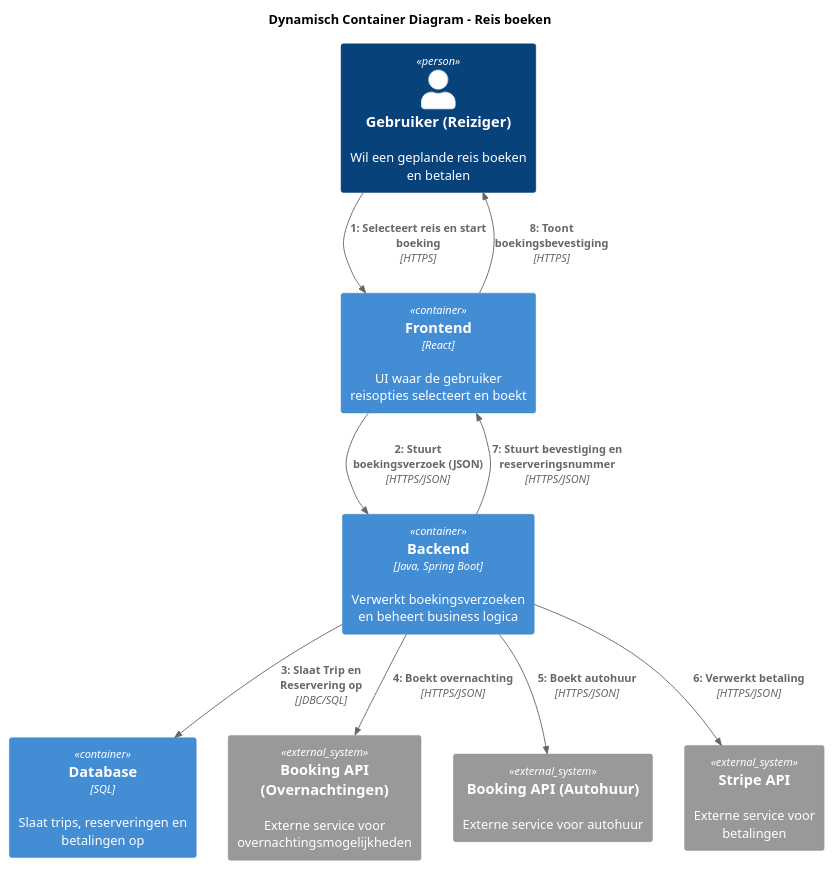
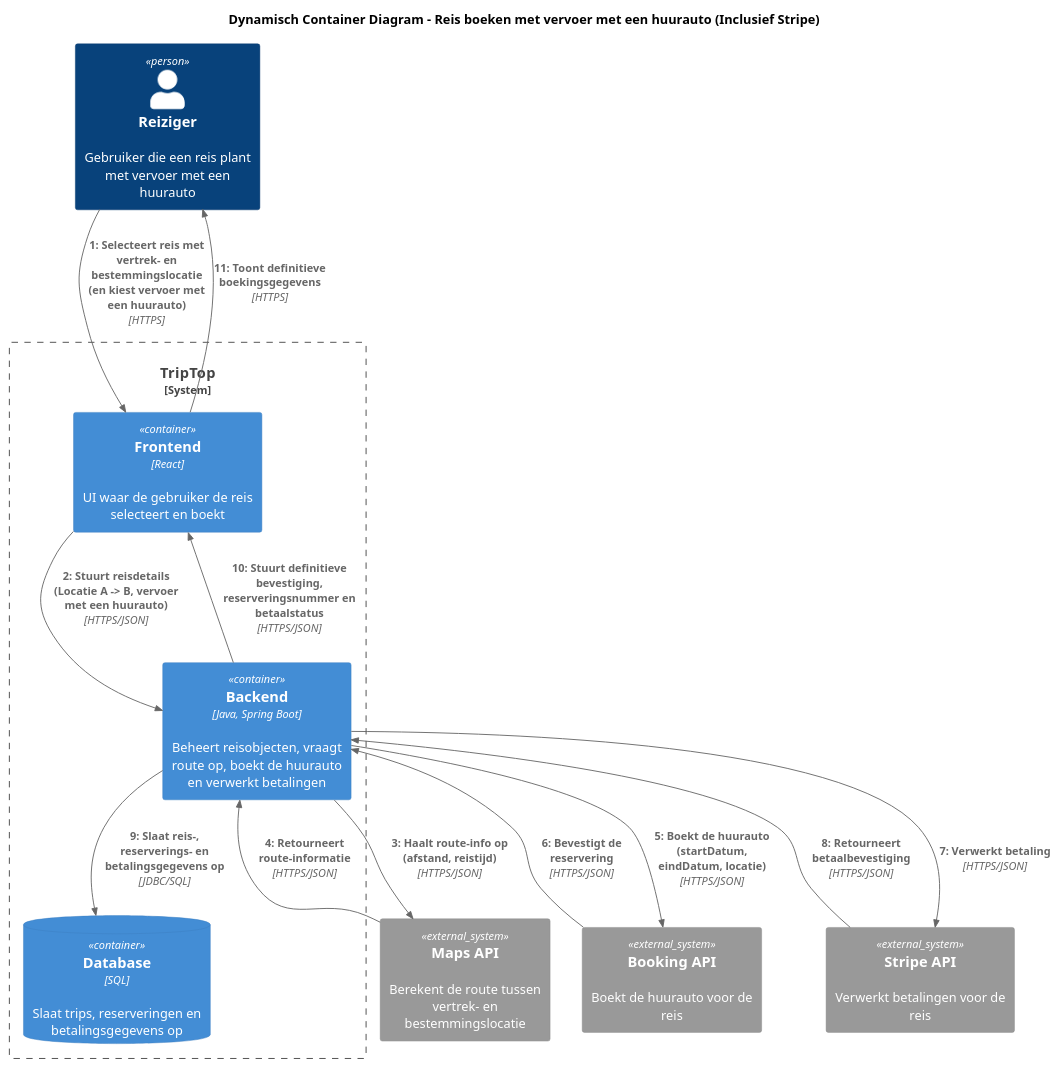
One commit to AIM-ENE-feb25/triptop-asas changed the diagram in software-guidebook/dynamisch-container-diagrammen/reis-boeken-container-diagram.puml. Above: the diagram before and after it, drawn with PlantUML. The commit also changed other lines of this file and 7 other files, not shown here.

```diff
--- a/software-guidebook/dynamisch-container-diagrammen/reis-boeken-container-diagram.puml
+++ b/software-guidebook/dynamisch-container-diagrammen/reis-boeken-container-diagram.puml
@@ -1,22 +1,27 @@
-@startuml ReisBoeken
+@startuml ReisBoekenHuurauto
 !include https://raw.githubusercontent.com/plantuml-stdlib/C4-PlantUML/master/C4_Dynamic.puml
-title Dynamisch Container Diagram – Reis boeken
+title Dynamisch Container Diagram – Reis boeken met vervoer met een huurauto (Inclusief Stripe)
 
-Person(user, "Gebruiker (Reiziger)", "Wil een geplande reis boeken en betalen")
-Container(frontend, "Frontend", "React", "UI waar de gebruiker reisopties selecteert en boekt")
-Container(backend, "Backend", "Java, Spring Boot", "Verwerkt boekingsverzoeken en beheert business logica")
-Container(db, "Database", "SQL", "Slaat trips, reserveringen en betalingen op")
-System_Ext(overnachting, "Booking API (Overnachtingen)", "Externe service voor overnachtingsmogelijkheden")
-System_Ext(autohuur, "Booking API (Autohuur)", "Externe service voor autohuur")
-System_Ext(payment, "Stripe API", "Externe service voor betalingen")
+Person(user, "Reiziger", "Gebruiker die een reis plant met vervoer met een huurauto")
+System_Boundary(triptop, "TripTop") {
+    Container(frontend, "Frontend", "React", "UI waar de gebruiker de reis selecteert en boekt")
+    Container(backend, "Backend", "Java, Spring Boot", "Beheert reisobjecten, vraagt route op, boekt de huurauto en verwerkt betalingen")
+    ContainerDb(db, "Database", "SQL", "Slaat trips, reserveringen en betalingsgegevens op")
+    }
+System_Ext(mapsApi, "Maps API", "Berekent de route tussen vertrek- en bestemmingslocatie")
+System_Ext(autohuurApi, "Booking API", "Boekt de huurauto voor de reis")
+System_Ext(payment, "Stripe API", "Verwerkt betalingen voor de reis")
 
-Rel(user, frontend, "Selecteert reis en start boeking", "HTTPS")
-Rel(frontend, backend, "Stuurt boekingsverzoek (JSON)", "HTTPS/JSON")
-Rel(backend, db, "Slaat Trip en Reservering op", "JDBC/SQL")
-Rel(backend, overnachting, "Boekt overnachting", "HTTPS/JSON")
-Rel(backend, autohuur, "Boekt autohuur", "HTTPS/JSON")
+Rel(user, frontend, "Selecteert reis met vertrek- en bestemmingslocatie\n(en kiest vervoer met een huurauto)", "HTTPS")
+Rel(frontend, backend, "Stuurt reisdetails (Locatie A -> B, vervoer met een huurauto)", "HTTPS/JSON")
+Rel(backend, mapsApi, "Haalt route-info op (afstand, reistijd)", "HTTPS/JSON")
+Rel(mapsApi, backend, "Retourneert route-informatie", "HTTPS/JSON")
+Rel(backend, autohuurApi, "Boekt de huurauto (startDatum, eindDatum, locatie)", "HTTPS/JSON")
+Rel(autohuurApi, backend, "Bevestigt de reservering", "HTTPS/JSON")
 Rel(backend, payment, "Verwerkt betaling", "HTTPS/JSON")
-Rel(backend, frontend, "Stuurt bevestiging en reserveringsnummer", "HTTPS/JSON")
-Rel(frontend, user, "Toont boekingsbevestiging", "HTTPS")
+Rel(payment, backend, "Retourneert betaalbevestiging", "HTTPS/JSON")
+Rel(backend, db, "Slaat reis-, reserverings- en betalingsgegevens op", "JDBC/SQL")
+Rel(backend, frontend, "Stuurt definitieve bevestiging, reserveringsnummer en betaalstatus", "HTTPS/JSON")
+Rel(frontend, user, "Toont definitieve boekingsgegevens", "HTTPS")
 
 @enduml
```
